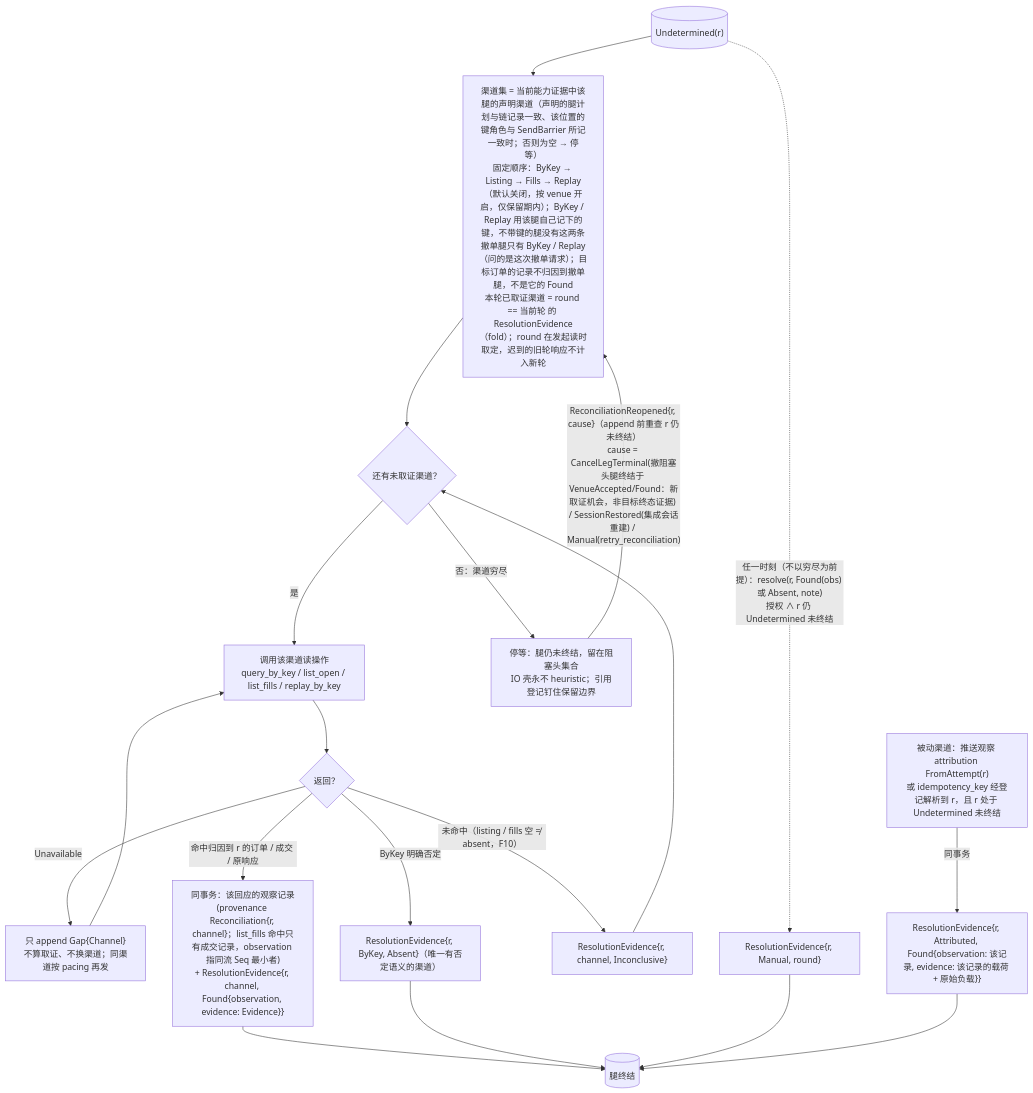
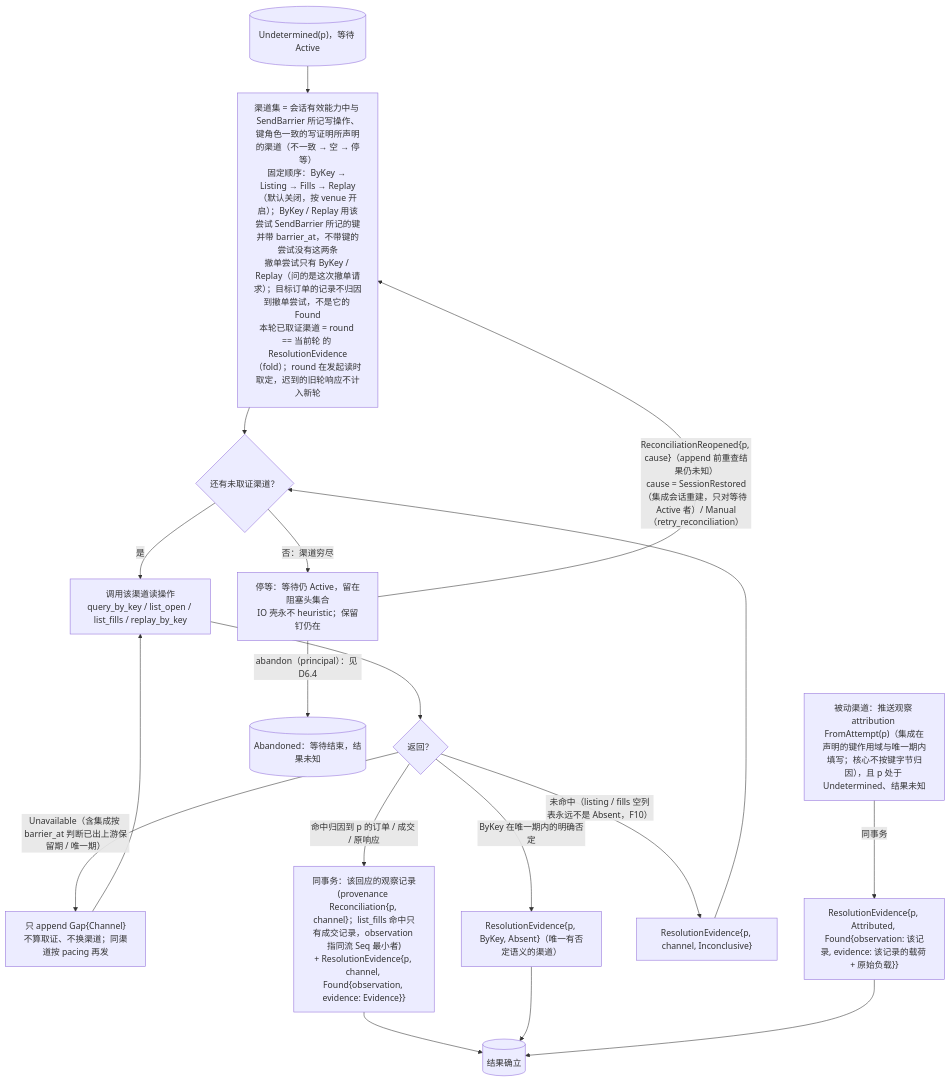
Before and after one commit to mouriya-s-lab/uta: the second of 7 diagrams in design/diagrams/06-io-shell-attempt.md, drawn with Mermaid. The commit also changed other lines of this file and 12 other files, not shown here.

Commit message:
design: write redraw — single-write attempts (atomic Replace or Unsupported), abandon replaces resolve, NotSent, capability-not-established wait, core-minted keys, RuleState as fold, integration-judged key windows, no core call timeout

````diff
--- a/design/diagrams/06-io-shell-attempt.md
+++ b/design/diagrams/06-io-shell-attempt.md
@@ -55,22 +58,21 @@
 ```mermaid
 flowchart TB
-  UD[("Undetermined(r)")]
-  UD --> CH0["渠道集 = 当前能力证据中该腿的声明渠道（声明的腿计划与链记录一致、该位置的键角色与 SendBarrier 所记一致时；否则为空 → 停等）<br/>固定顺序：ByKey → Listing → Fills → Replay（默认关闭，按 venue 开启，仅保留期内）；ByKey / Replay 用该腿自己记下的键，不带键的腿没有这两条<br/>撤单腿只有 ByKey / Replay（问的是这次撤单请求）；目标订单的记录不归因到撤单腿，不是它的 Found<br/>本轮已取证渠道 = round == 当前轮 的 ResolutionEvidence（fold）；round 在发起读时取定，迟到的旧轮响应不计入新轮"]
+  UD[("Undetermined(p)，等待 Active")]
+  UD --> CH0["渠道集 = 会话有效能力中与 SendBarrier 所记写操作、键角色一致的写证明所声明的渠道（不一致 → 空 → 停等）<br/>固定顺序：ByKey → Listing → Fills → Replay（默认关闭，按 venue 开启）；ByKey / Replay 用该尝试 SendBarrier 所记的键并带 barrier_at，不带键的尝试没有这两条<br/>撤单尝试只有 ByKey / Replay（问的是这次撤单请求）；目标订单的记录不归因到撤单尝试，不是它的 Found<br/>本轮已取证渠道 = round == 当前轮 的 ResolutionEvidence（fold）；round 在发起读时取定，迟到的旧轮响应不计入新轮"]
   CH0 --> NEXT{"还有未取证渠道？"}
   NEXT -->|"是"| CALL["调用该渠道读操作<br/>query_by_key / list_open / list_fills / replay_by_key"]
   CALL --> RES{"返回？"}
-  RES -->|"Unavailable"| GAP["只 append Gap{Channel}<br/>不算取证、不换渠道；同渠道按 pacing 再发"]
+  RES -->|"Unavailable（含集成按 barrier_at 判断已出上游保留期 / 唯一期）"| GAP["只 append Gap{Channel}<br/>不算取证、不换渠道；同渠道按 pacing 再发"]
   GAP --> CALL
-  RES -->|"命中归因到 r 的订单 / 成交 / 原响应"| FOUND["同事务：该回应的观察记录(provenance Reconciliation{r, channel}；list_fills 命中只有成交记录，observation 指同流 Seq 最小者)<br/>+ ResolutionEvidence{r, channel, Found{observation, evidence: Evidence}}"]
-  RES -->|"ByKey 明确否定"| ABS["ResolutionEvidence{r, ByKey, Absent}（唯一有否定语义的渠道）"]
-  RES -->|"未命中（listing / fills 空 ≠ absent，F10）"| INC["ResolutionEvidence{r, channel, Inconclusive}"]
+  RES -->|"命中归因到 p 的订单 / 成交 / 原响应"| FOUND["同事务：该回应的观察记录(provenance Reconciliation{p, channel}；list_fills 命中只有成交记录，observation 指同流 Seq 最小者)<br/>+ ResolutionEvidence{p, channel, Found{observation, evidence: Evidence}}"]
+  RES -->|"ByKey 在唯一期内的明确否定"| ABS["ResolutionEvidence{p, ByKey, Absent}（唯一有否定语义的渠道）"]
+  RES -->|"未命中（listing / fills 空列表永远不是 Absent，F10）"| INC["ResolutionEvidence{p, channel, Inconclusive}"]
   INC --> NEXT
-  NEXT -->|"否：渠道穷尽"| WAIT["停等：腿仍未终结，留在阻塞头集合<br/>IO 壳永不 heuristic；引用登记钉住保留边界"]
-  UD -.->|"任一时刻（不以穷尽为前提）：resolve(r, Found(obs) 或 Absent, note)<br/>授权 ∧ r 仍 Undetermined 未终结"| MAN["ResolutionEvidence{r, Manual, round}"]
-  WAIT -->|"ReconciliationReopened{r, cause}（append 前重查 r 仍未终结）<br/>cause = CancelLegTerminal(撤阻塞头腿终结于 VenueAccepted/Found：新取证机会，非目标终态证据) / SessionRestored(集成会话重建) / Manual(retry_reconciliation)"| CH0
-  ATTR["被动渠道：推送观察 attribution FromAttempt(r)<br/>或 idempotency_key 经登记解析到 r，且 r 处于 Undetermined 未终结"] -->|"同事务"| ATT["ResolutionEvidence{r, Attributed, Found{observation: 该记录, evidence: 该记录的载荷 + 原始负载}}"]
-  FOUND --> RS[("腿终结")]
+  NEXT -->|"否：渠道穷尽"| WAIT["停等：等待仍 Active，留在阻塞头集合<br/>IO 壳永不 heuristic；保留钉仍在"]
+  WAIT -->|"ReconciliationReopened{p, cause}（append 前重查结果仍未知）<br/>cause = SessionRestored（集成会话重建，只对等待 Active 者）/ Manual（retry_reconciliation）"| CH0
+  WAIT -->|"abandon（principal）：见 D6.4"| AB[("Abandoned：等待结束，结果未知")]
+  ATTR["被动渠道：推送观察 attribution FromAttempt(p)（集成在声明的键作用域与唯一期内填写；核心不按键字节归因），且 p 处于 Undetermined、结果未知"] -->|"同事务"| ATT["ResolutionEvidence{p, Attributed, Found{observation: 该记录, evidence: 该记录的载荷 + 原始负载}}"]
+  FOUND --> RS[("结果确立")]
   ABS --> RS
-  MAN --> RS
   ATT --> RS
 ```
````
